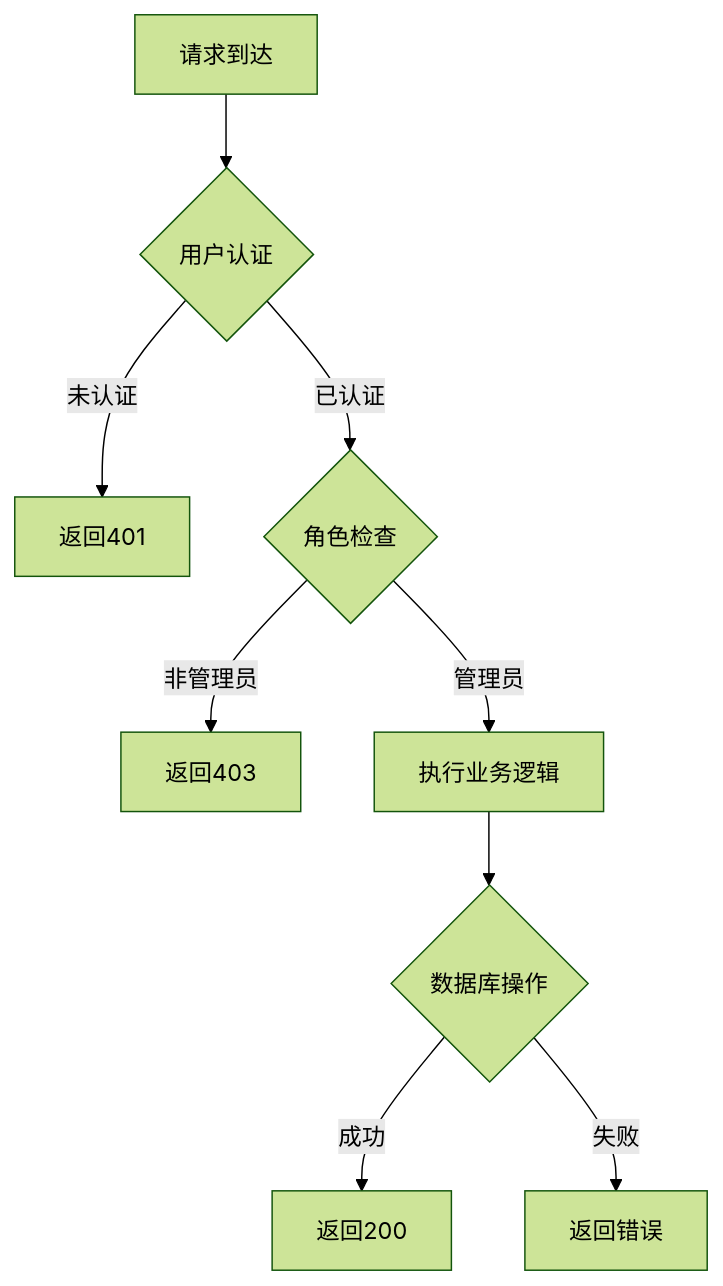
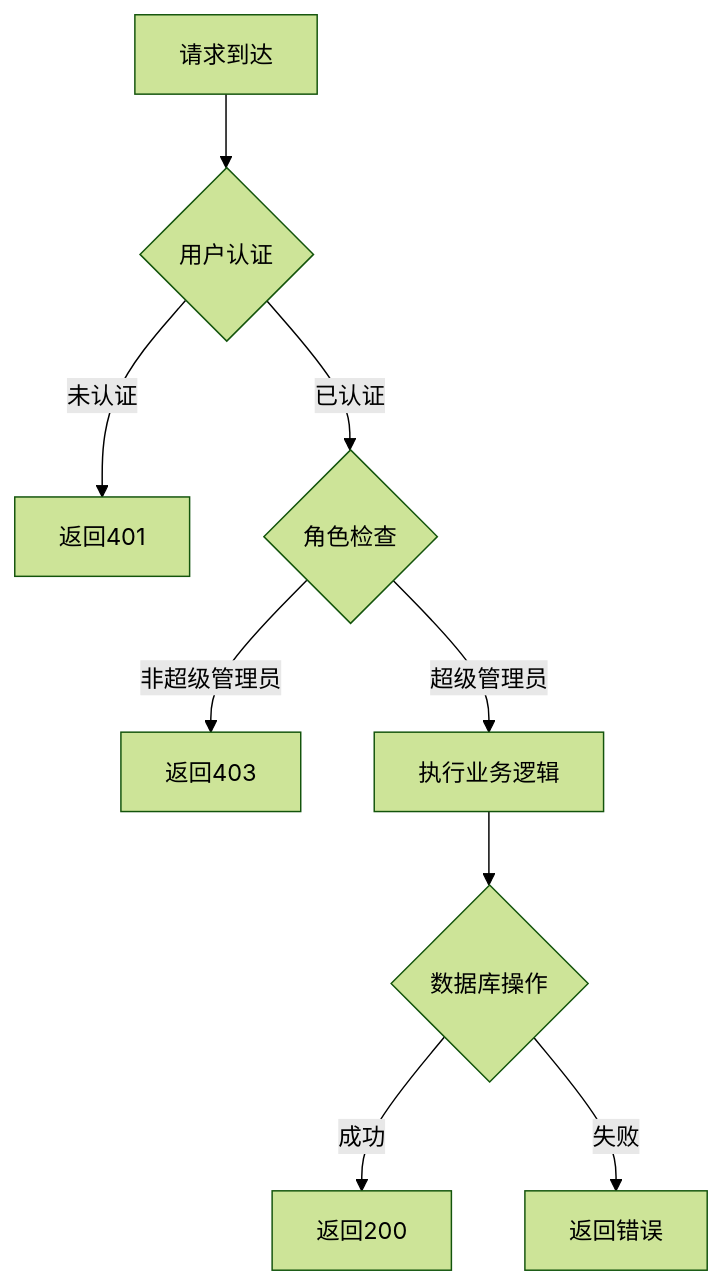
One commit to zengerai/art-design-pro changed the third of 8 diagrams in .qoder/repowiki/zh/content/权限管理/Menu Management.md. Above: the diagram before and after it, drawn with Mermaid (forest theme). The commit also changed other lines of this file and 26 other files, not shown here.

````diff
--- a/.qoder/repowiki/zh/content/权限管理/Menu Management.md
+++ b/.qoder/repowiki/zh/content/权限管理/Menu Management.md
@@ -263,11 +276,11 @@
 ```mermaid
 flowchart TD
 A[请求到达] --> B{用户认证}
 B --> |未认证| C[返回401]
 B --> |已认证| D{角色检查}
-D --> |非管理员| E[返回403]
-D --> |管理员| F[执行业务逻辑]
+D --> |非超级管理员| E[返回403]
+D --> |超级管理员| F[执行业务逻辑]
 F --> G{数据库操作}
 G --> |成功| H[返回200]
 G --> |失败| I[返回错误]
 ```
````
